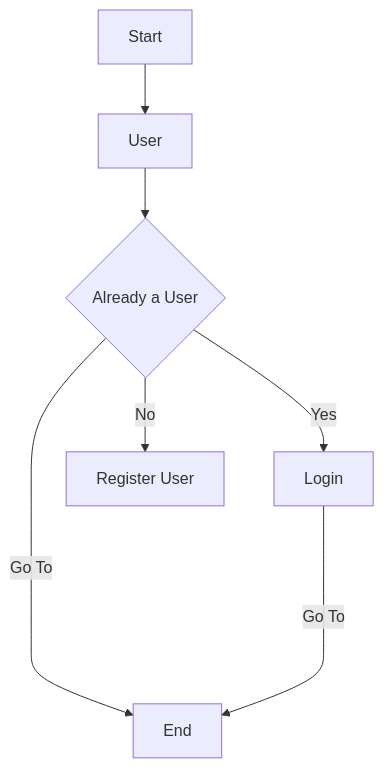
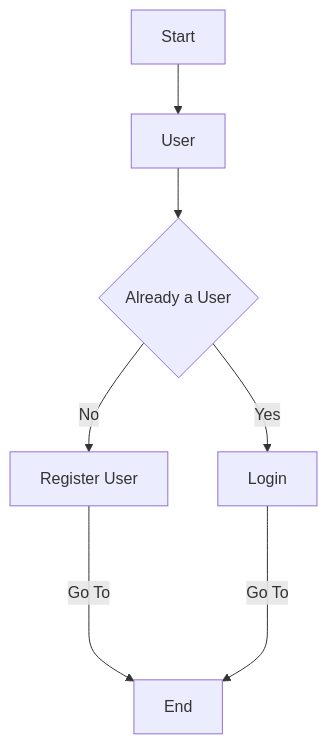
One commit to awaistechbrainz03/graph-check changed the diagram in readme.md. Above: the diagram before and after it, drawn with Mermaid.

````diff
--- a/readme.md
+++ b/readme.md
@@ -1,9 +1,9 @@
 ```mermaid
 flowchart TD
     A[Start] --> B[User]
     B --> C{Already a User}
     C --> |Yes| D[Login] 
     C --> |No| E[Register User]
-    C ----> |Go To| F[End]
+    E ----> |Go To| F[End]
     D ----> |Go To| F[End]
 ```
````
